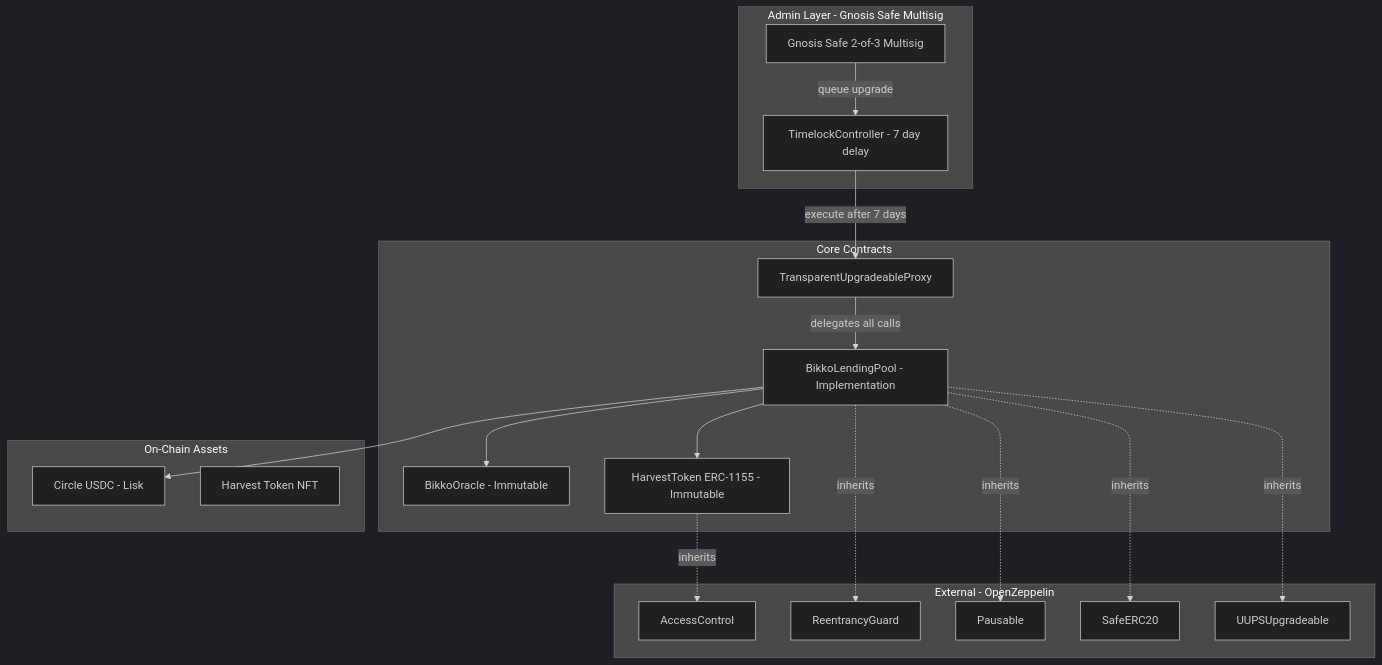
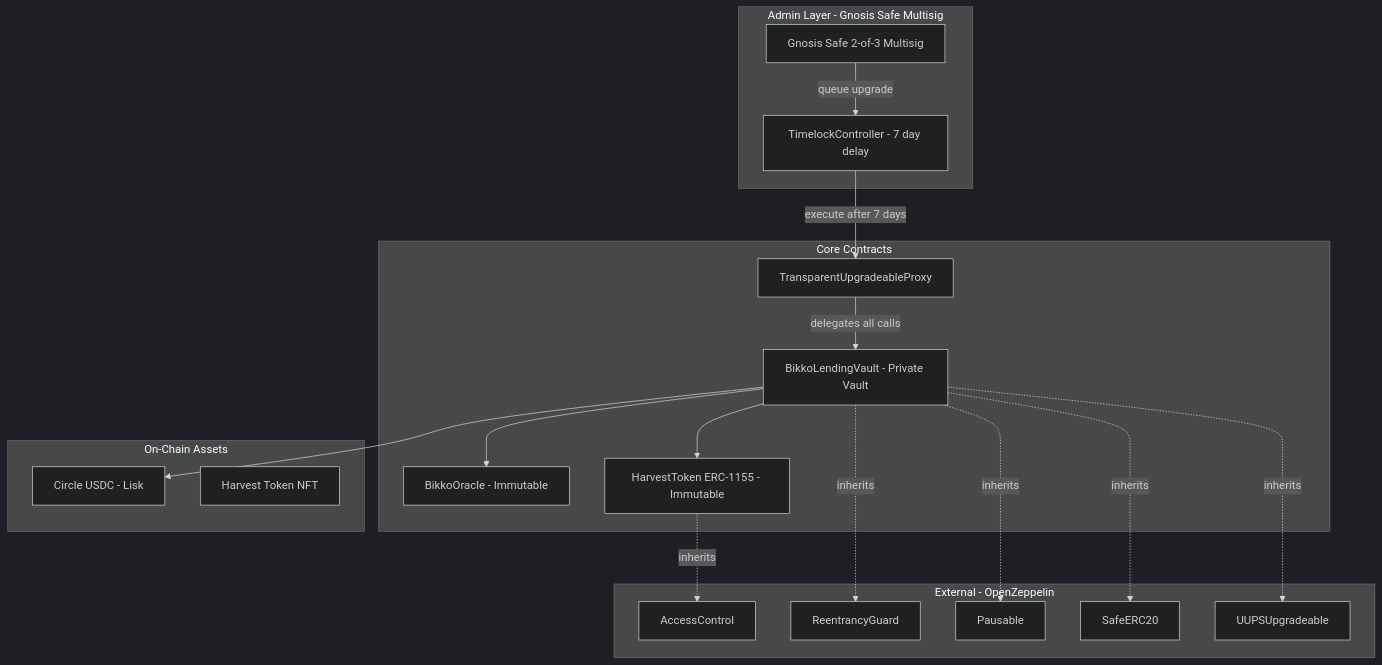
One commit to BikkoFarms/bikkofarms-platform changed the first of 6 diagrams in bikkofarms-contracts/ARCHITECTURE.md. Above: the diagram before and after it, drawn with Mermaid (dark theme). The commit also changed other lines of this file and 16 other files, not shown here.

````diff
--- a/bikkofarms-contracts/ARCHITECTURE.md
+++ b/bikkofarms-contracts/ARCHITECTURE.md
@@ -11,39 +11,39 @@
 ```mermaid
 graph TD
     subgraph ADMIN["Admin Layer - Gnosis Safe Multisig"]
         MS[Gnosis Safe 2-of-3 Multisig]
         TL[TimelockController - 7 day delay]
     end
 
     subgraph CORE["Core Contracts"]
         PROXY[TransparentUpgradeableProxy]
-        POOL[BikkoLendingPool - Implementation]
+        VAULT[BikkoLendingVault - Private Vault]
         ORACLE[BikkoOracle - Immutable]
         TOKEN[HarvestToken ERC-1155 - Immutable]
     end
 
     subgraph EXTERNAL["External - OpenZeppelin"]
         OZ_AC[AccessControl]
         OZ_RG[ReentrancyGuard]
         OZ_PA[Pausable]
         OZ_SE[SafeERC20]
         OZ_UP[UUPSUpgradeable]
     end
 
     subgraph ASSETS["On-Chain Assets"]
         USDC[Circle USDC - Lisk]
         NFT[Harvest Token NFT]
     end
 
     MS -->|queue upgrade| TL
     TL -->|execute after 7 days| PROXY
-    PROXY -->|delegates all calls| POOL
-    POOL --> ORACLE
-    POOL --> TOKEN
-    POOL --> USDC
+    PROXY -->|delegates all calls| VAULT
+    VAULT --> ORACLE
+    VAULT --> TOKEN
+    VAULT --> USDC
     TOKEN -.->|inherits| OZ_AC
-    POOL -.->|inherits| OZ_RG
-    POOL -.->|inherits| OZ_PA
-    POOL -.->|inherits| OZ_SE
-    POOL -.->|inherits| OZ_UP
+    VAULT -.->|inherits| OZ_RG
+    VAULT -.->|inherits| OZ_PA
+    VAULT -.->|inherits| OZ_SE
+    VAULT -.->|inherits| OZ_UP
 ```
````
